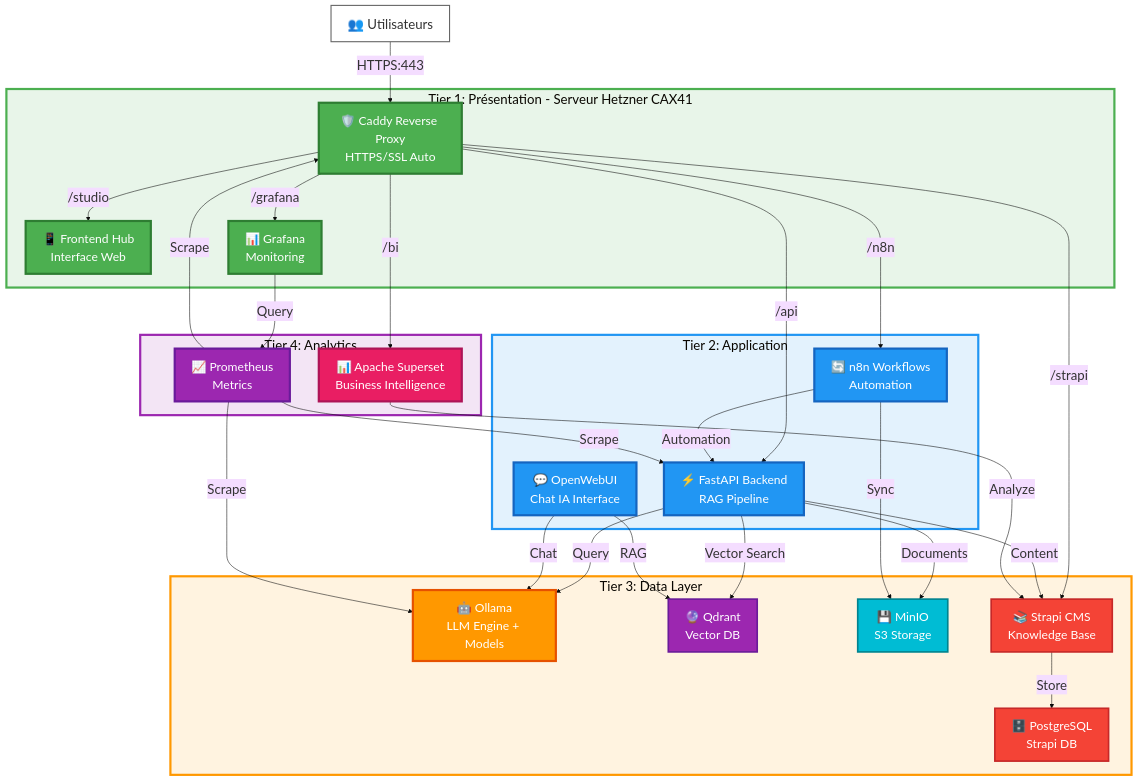
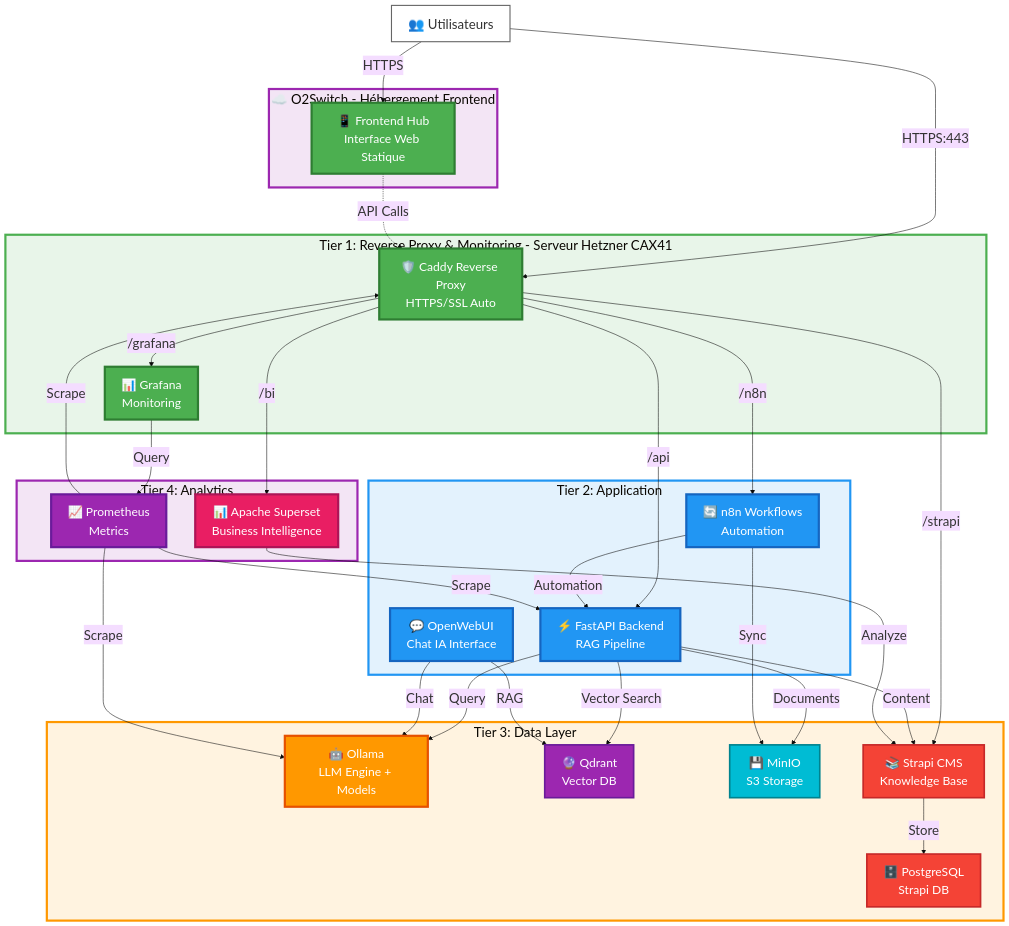
One commit to stepstev/oceanphenix-IA-souveraine-v10_2026_DOCS changed the first of 6 diagrams in README.md. Above: the diagram before and after it, drawn with Mermaid. The commit also changed 1 other file, not shown here.

Commit message:
fix: Correct architecture diagrams - Frontend Hub on O2Switch, Backend on Hetzner

```diff
--- a/README.md
+++ b/README.md
@@ -62,10 +62,14 @@
     %% Internet
     Users[👥 Utilisateurs]
     
-    %% Tier 1: Présentation - Serveur Hetzner CAX41
-    subgraph T1[" Tier 1: Présentation - Serveur Hetzner CAX41"]
+    %% O2Switch - Frontend statique
+    subgraph O2["☁️ O2Switch - Hébergement Frontend"]
+        HubFront[📱 Frontend Hub<br/>Interface Web Statique]:::tierPresentation
+    end
+    
+    %% Tier 1: Reverse Proxy & Monitoring - Serveur Hetzner CAX41
+    subgraph T1[" Tier 1: Reverse Proxy & Monitoring - Serveur Hetzner CAX41"]
         Caddy[🛡️ Caddy Reverse Proxy<br/>HTTPS/SSL Auto]:::tierPresentation
-        HubFront[📱 Frontend Hub<br/>Interface Web]:::tierPresentation
         Grafana[📊 Grafana<br/>Monitoring]:::tierPresentation
     end
     
@@ -91,14 +95,15 @@
         ApacheBI[📊 Apache Superset<br/>Business Intelligence]:::tierBi
     end
     
-    %% Connexions Internet → Caddy
+    %% Connexions Internet → O2Switch & Hetzner
+    Users -->|HTTPS| HubFront
     Users -->|HTTPS:443| Caddy
+    HubFront -.->|API Calls| Caddy
     
     %% Caddy routing
     Caddy -->|/grafana| Grafana
     Caddy -->|/bi| ApacheBI
     Caddy -->|/n8n| N8N
-    Caddy -->|/studio| HubFront
     Caddy -->|/api| FastAPI
     Caddy -->|/strapi| Strapi
     
@@ -121,6 +126,7 @@
     ApacheBI -->|Analyze| Strapi
     
     %% Styling tiers
+    style O2 fill:#F3E5F5,stroke:#9C27B0,stroke-width:4px
     style T1 fill:#E8F5E9,stroke:#4CAF50,stroke-width:4px
     style T2 fill:#E3F2FD,stroke:#2196F3,stroke-width:4px
     style T3 fill:#FFF3E0,stroke:#FF9800,stroke-width:4px
```
